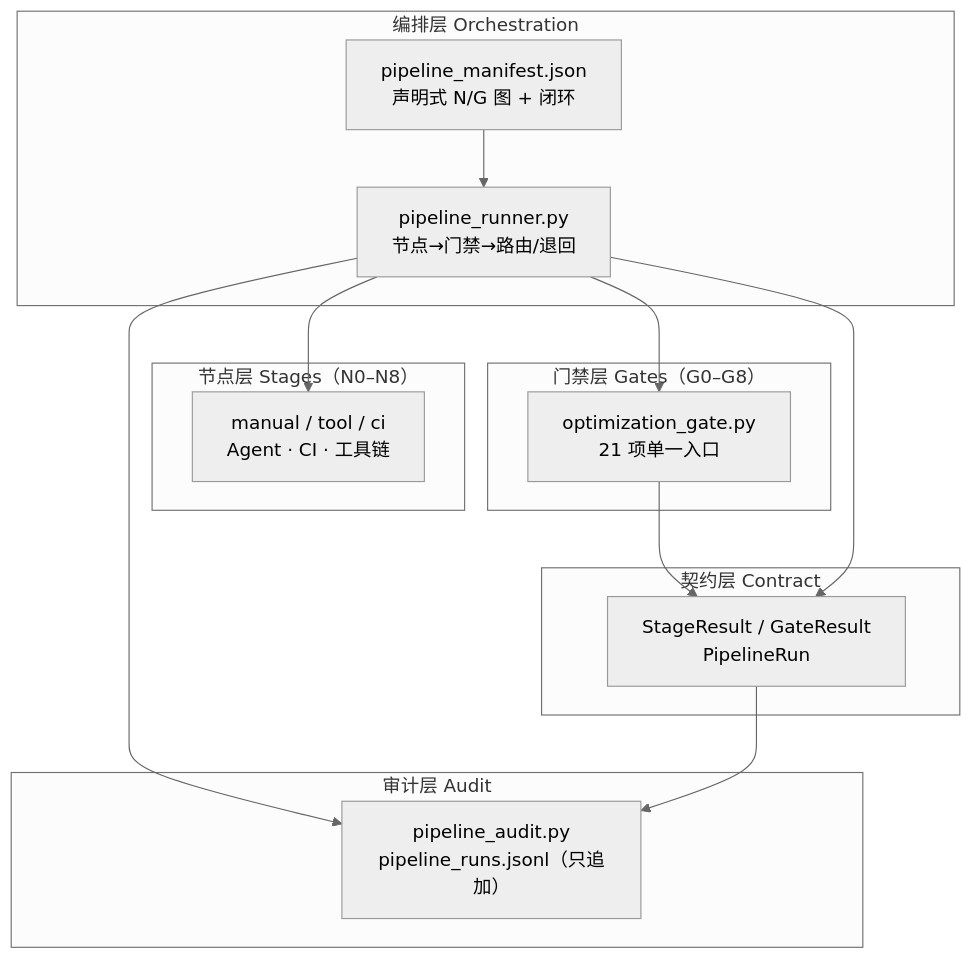
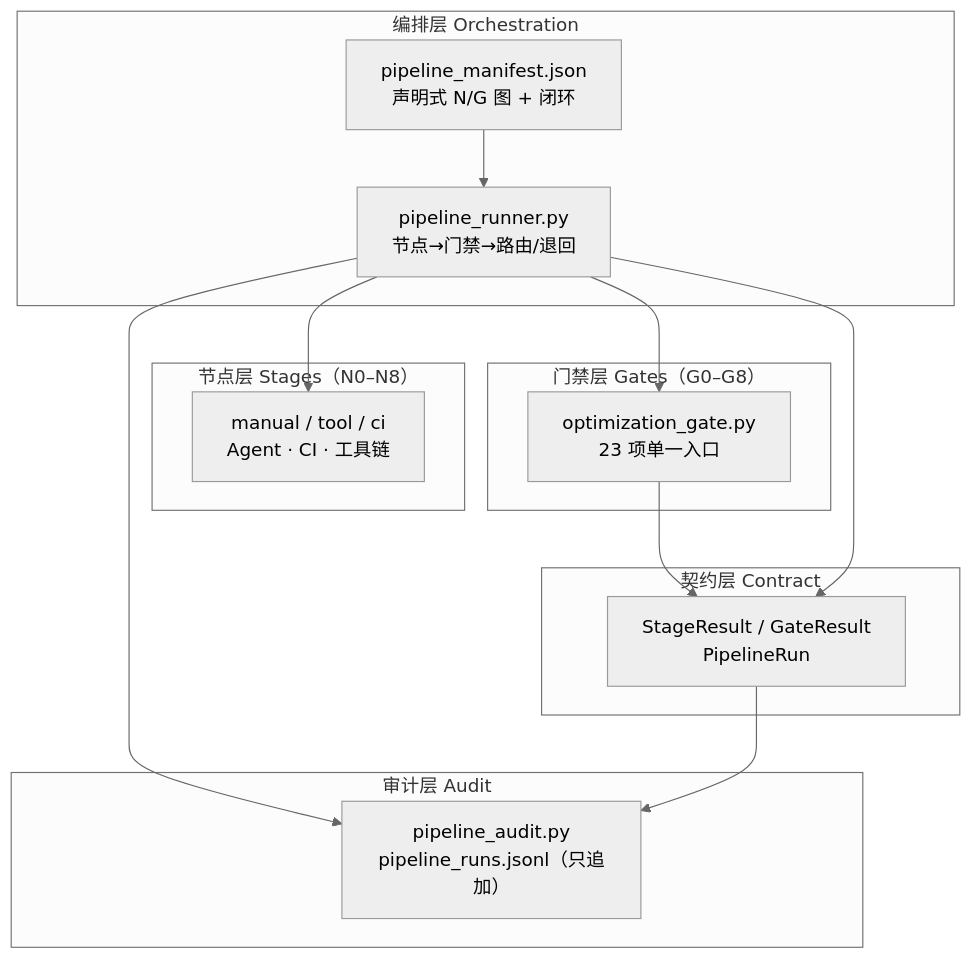
Before and after one commit to hmbphxkw76-byte/tech-context-digest: the diagram in engine/docs/report-pipeline-implementation-plan.md, drawn with Mermaid (neutral theme). The commit also changed other lines of this file and 30 other files, not shown here.

````diff
--- a/engine/docs/report-pipeline-implementation-plan.md
+++ b/engine/docs/report-pipeline-implementation-plan.md
@@ -24,26 +24,26 @@
 ```mermaid
 flowchart TB
     subgraph ORCH["编排层 Orchestration"]
         M["pipeline_manifest.json<br/>声明式 N/G 图 + 闭环"]
         R["pipeline_runner.py<br/>节点→门禁→路由/退回"]
     end
     subgraph STAGE["节点层 Stages（N0–N8）"]
         S["manual / tool / ci<br/>Agent · CI · 工具链"]
     end
     subgraph GATE["门禁层 Gates（G0–G8）"]
-        OG["optimization_gate.py<br/>21 项单一入口"]
+        OG["optimization_gate.py<br/>23 项单一入口"]
     end
     subgraph CONTRACT["契约层 Contract"]
         C["StageResult / GateResult<br/>PipelineRun"]
     end
     subgraph AUDIT["审计层 Audit"]
         A["pipeline_audit.py<br/>pipeline_runs.jsonl（只追加）"]
     end
     M --> R
     R --> S
     R --> OG
     OG --> C
     R --> C
     R --> A
     C --> A
 ```
````
